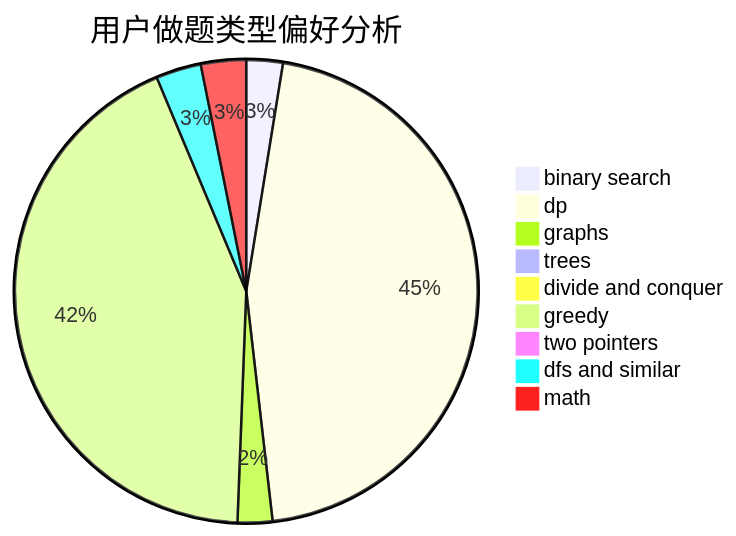
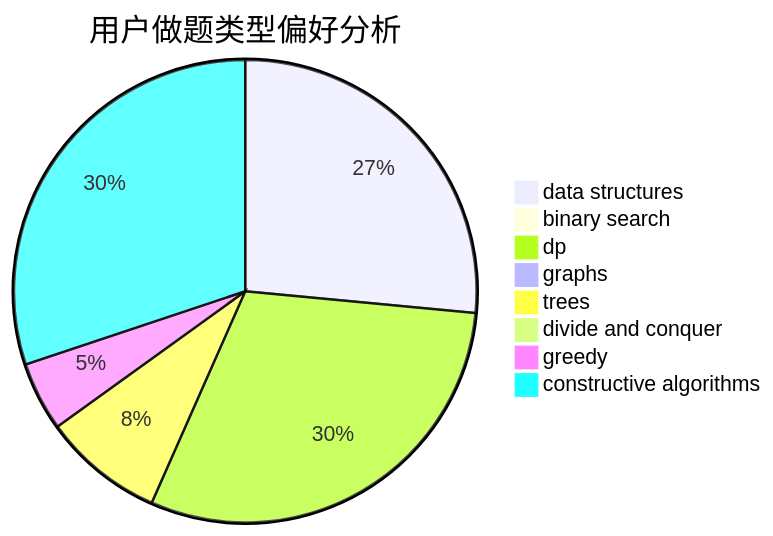
The second of 3 diagrams in docs/user/u2389.md (sherpahu/cfrs.github.io), drawn with Mermaid before and after one commit. The commit also changed other lines of this file and 2775 other files, not shown here.

````diff
--- a/docs/user/u2389.md
+++ b/docs/user/u2389.md
@@ -23,12 +23,11 @@
 ```mermaid
 pie title 用户做题类型偏好分析
-    "binary search" :  21
-    "dp" :  376
-    "graphs" :  20
+    "data structures" :  22
+    "binary search" :  0
+    "dp" :  25
+    "graphs" :  0
     "trees" :  7
-    "divide and conquer" :  6
-    "greedy" :  355
-    "two pointers" :  0
-    "dfs and similar" :  26
-    "math" :  26
+    "divide and conquer" :  0
+    "greedy" :  4
+    "constructive algorithms" :  25
 ```
````
